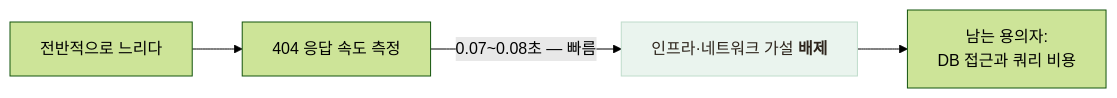
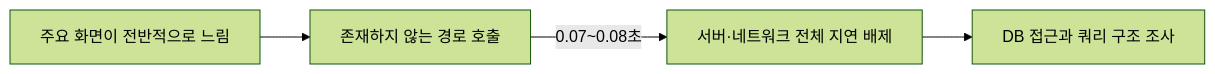
Before and after one commit to Jinacker/PortFolio: the first of 2 diagrams in public/mds/katsu-map/ts-2-slowdown.md, drawn with Mermaid (forest theme). The commit also changed other lines of this file and 8 other files, not shown here.

````diff
--- a/public/mds/katsu-map/ts-2-slowdown.md
+++ b/public/mds/katsu-map/ts-2-slowdown.md
@@ -18,8 +18,6 @@
 ```mermaid
 flowchart LR
-    H["전반적으로 느리다"] --> T["404 응답 속도 측정"]
-    T -->|"0.07~0.08초 — 빠름"| X["인프라·네트워크 가설 <b>배제</b>"]
-    X --> D["남는 용의자:<br/>DB 접근과 쿼리 비용"]
-
-    style X fill:#EAF4EE,stroke:#BFDCCB,color:#2E251C
+    A["주요 화면이 전반적으로 느림"] --> B["존재하지 않는 경로 호출"]
+    B -->|"0.07~0.08초"| C["서버·네트워크 전체 지연 배제"]
+    C --> D["DB 접근과 쿼리 구조 조사"]
 ```
````
